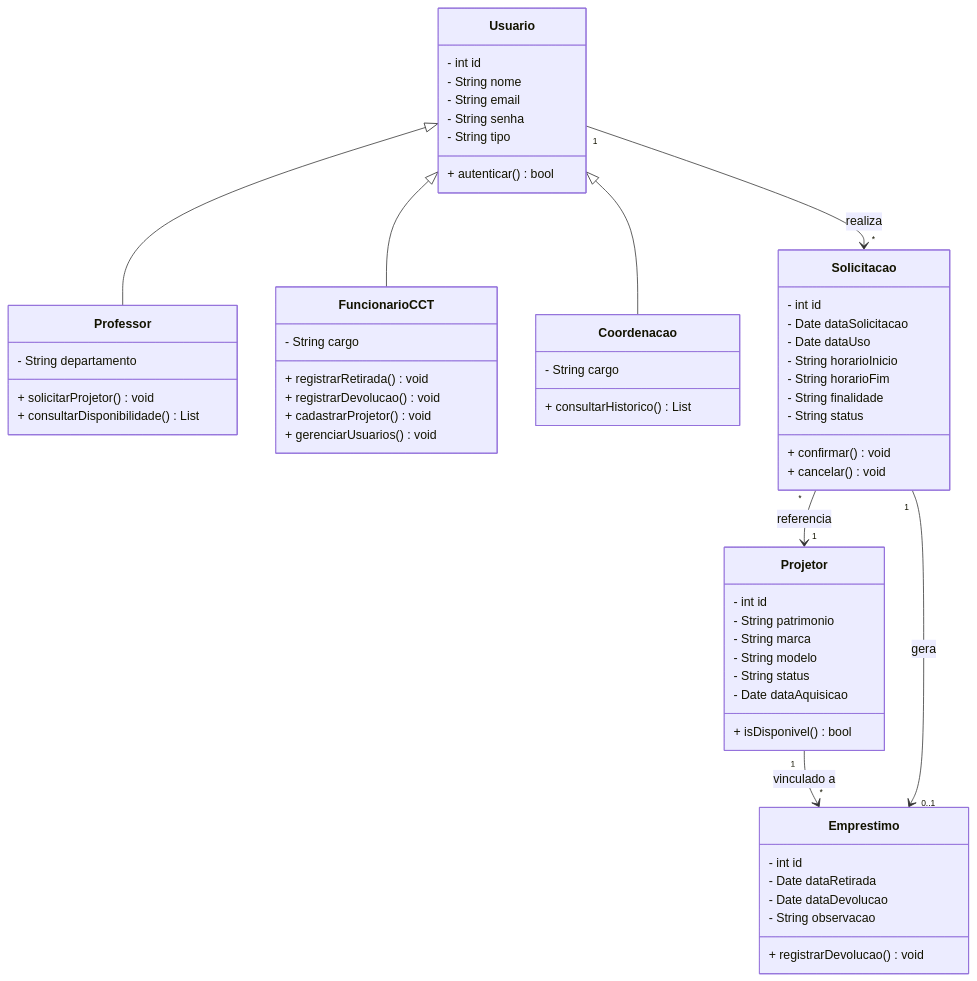
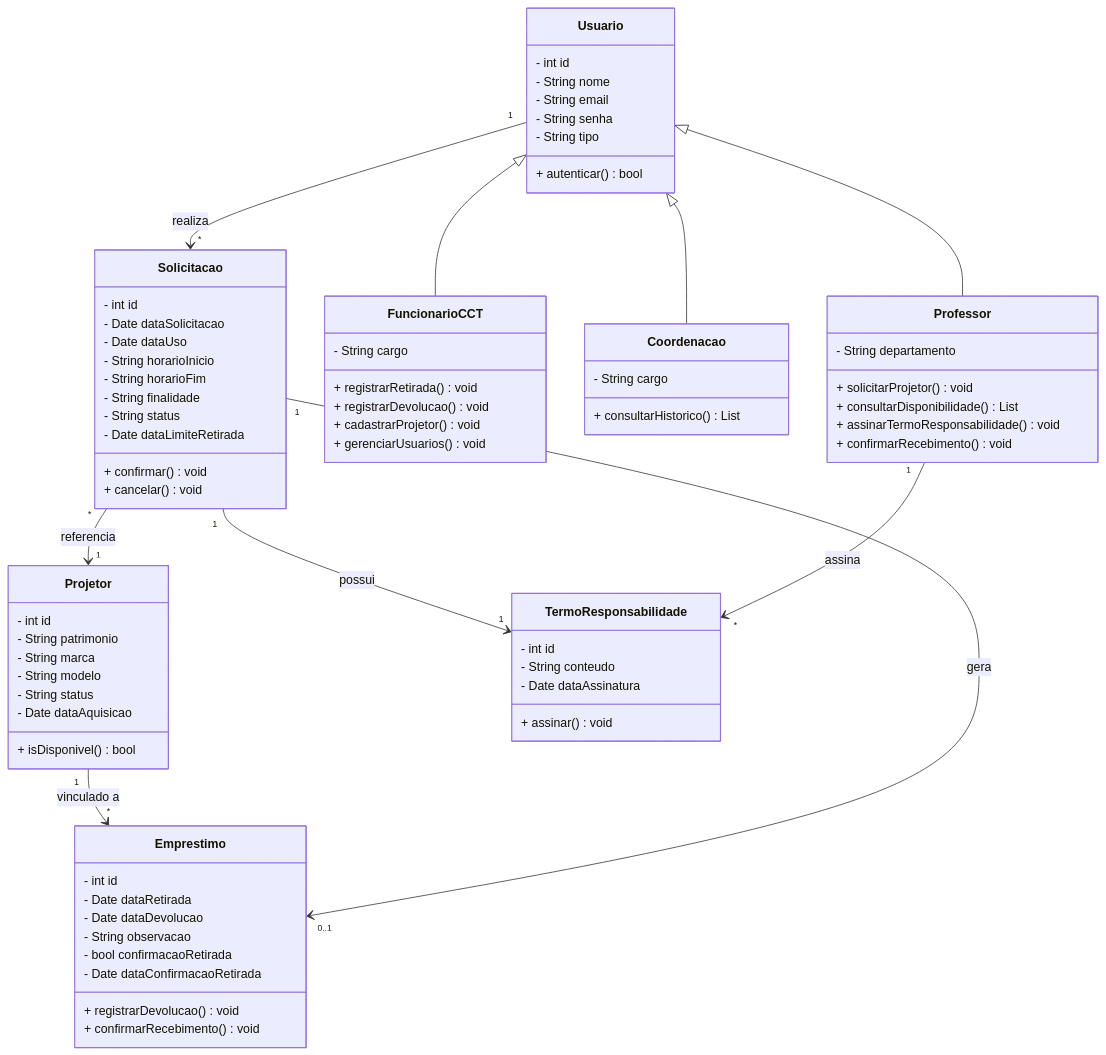
The second of 3 diagrams in Requisitos/Elicitacao/Visao-Demanda.md (Ismaelsousaoliveira/requisitos-2026-grupo), drawn with Mermaid before and after one commit. The commit also changed other lines of this file, not shown here.

Commit message:
FIX: ALTERADOS DIAGRAMAS

````diff
--- a/Requisitos/Elicitacao/Visao-Demanda.md
+++ b/Requisitos/Elicitacao/Visao-Demanda.md
@@ -186,6 +208,8 @@
         - String departamento
         + solicitarProjetor() void
         + consultarDisponibilidade() List
+        + assinarTermoResponsabilidade() void
+        + confirmarRecebimento() void
     }
 
     class FuncionarioCCT {
@@ -219,6 +243,7 @@
         - String horarioFim
         - String finalidade
         - String status
+        - Date dataLimiteRetirada
         + confirmar() void
         + cancelar() void
     }
@@ -228,7 +253,17 @@
         - Date dataRetirada
         - Date dataDevolucao
         - String observacao
+        - bool confirmacaoRetirada
+        - Date dataConfirmacaoRetirada
         + registrarDevolucao() void
+        + confirmarRecebimento() void
+    }
+
+    class TermoResponsabilidade {
+        - int id
+        - String conteudo
+        - Date dataAssinatura
+        + assinar() void
     }
 
     Usuario <|-- Professor
@@ -238,4 +273,6 @@
     Projetor "1" --> "*" Emprestimo : vinculado a
     Solicitacao "1" --> "0..1" Emprestimo : gera
     Solicitacao "*" --> "1" Projetor : referencia
+    Solicitacao "1" --> "1" TermoResponsabilidade : possui
+    Professor "1" --> "*" TermoResponsabilidade : assina
 ```
````
